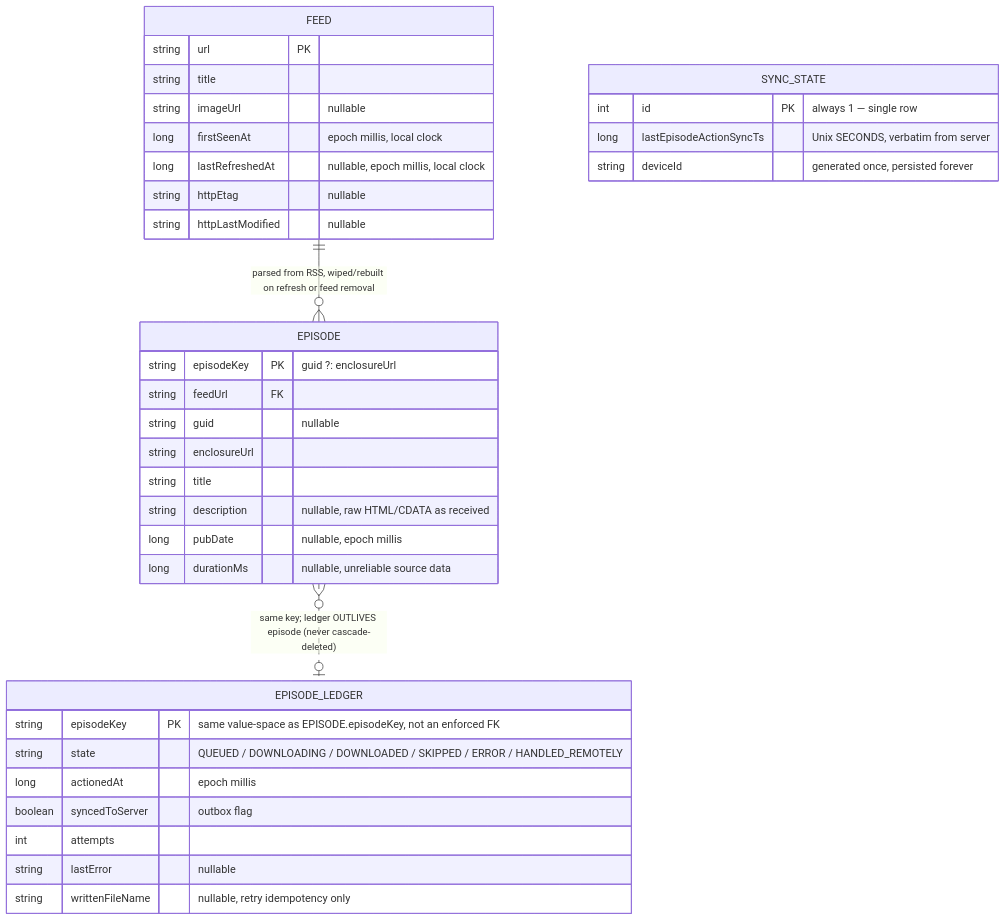
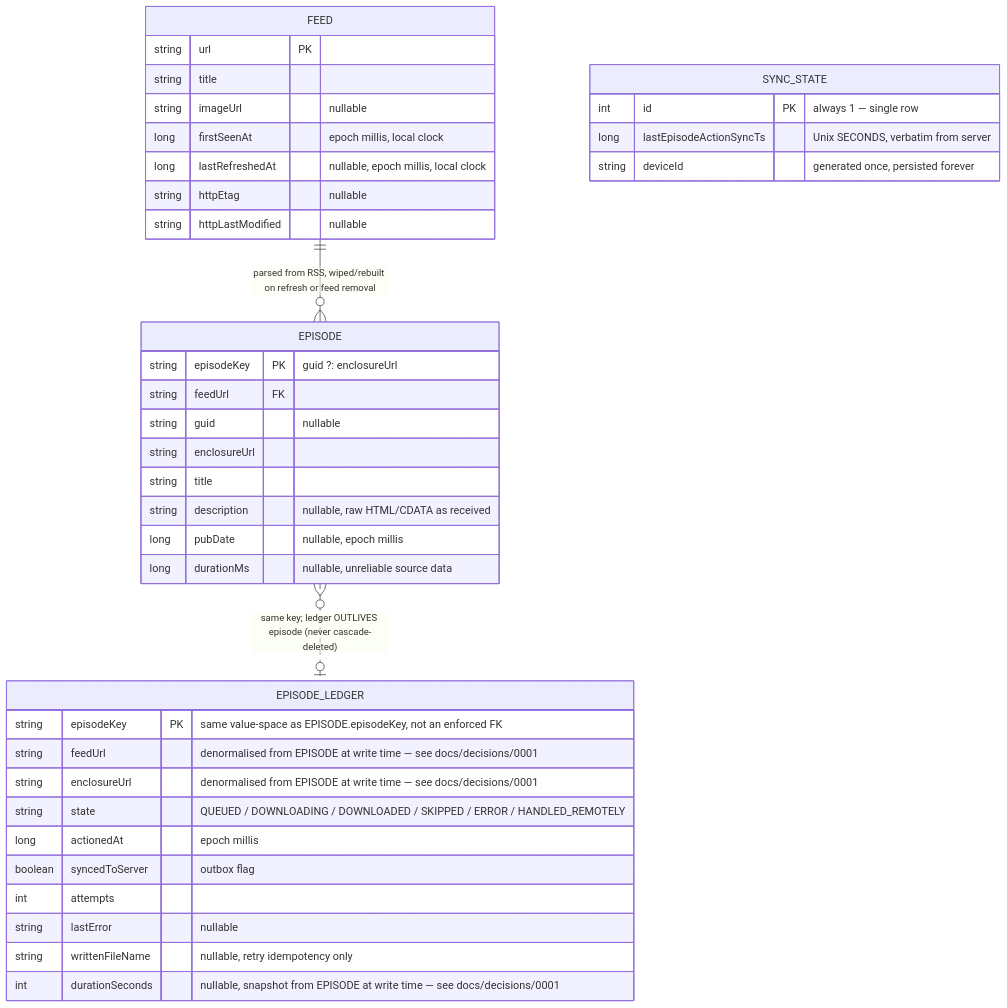
Before and after one commit to drehtuer/podsilo: the fourth of 13 diagrams in docs/architecture.md, drawn with Mermaid. The commit also changed other lines of this file and 60 other files, not shown here.

````diff
--- a/docs/architecture.md
+++ b/docs/architecture.md
@@ -184,39 +184,42 @@
 ```mermaid
 erDiagram
     FEED {
         string url PK
         string title
         string imageUrl "nullable"
         long firstSeenAt "epoch millis, local clock"
         long lastRefreshedAt "nullable, epoch millis, local clock"
         string httpEtag "nullable"
         string httpLastModified "nullable"
     }
     EPISODE {
         string episodeKey PK "guid ?: enclosureUrl"
         string feedUrl FK
         string guid "nullable"
         string enclosureUrl
         string title
         string description "nullable, raw HTML/CDATA as received"
         long pubDate "nullable, epoch millis"
         long durationMs "nullable, unreliable source data"
     }
     EPISODE_LEDGER {
         string episodeKey PK "same value-space as EPISODE.episodeKey, not an enforced FK"
+        string feedUrl "denormalised from EPISODE at write time — see docs/decisions/0001"
+        string enclosureUrl "denormalised from EPISODE at write time — see docs/decisions/0001"
         string state "QUEUED / DOWNLOADING / DOWNLOADED / SKIPPED / ERROR / HANDLED_REMOTELY"
         long actionedAt "epoch millis"
         boolean syncedToServer "outbox flag"
         int attempts
         string lastError "nullable"
         string writtenFileName "nullable, retry idempotency only"
+        int durationSeconds "nullable, snapshot from EPISODE at write time — see docs/decisions/0001"
     }
     SYNC_STATE {
         int id PK "always 1 — single row"
         long lastEpisodeActionSyncTs "Unix SECONDS, verbatim from server"
         string deviceId "generated once, persisted forever"
     }
 
     FEED ||--o{ EPISODE : "parsed from RSS, wiped/rebuilt on refresh or feed removal"
     EPISODE }o..o| EPISODE_LEDGER : "same key; ledger OUTLIVES episode (never cascade-deleted)"
 ```
````
